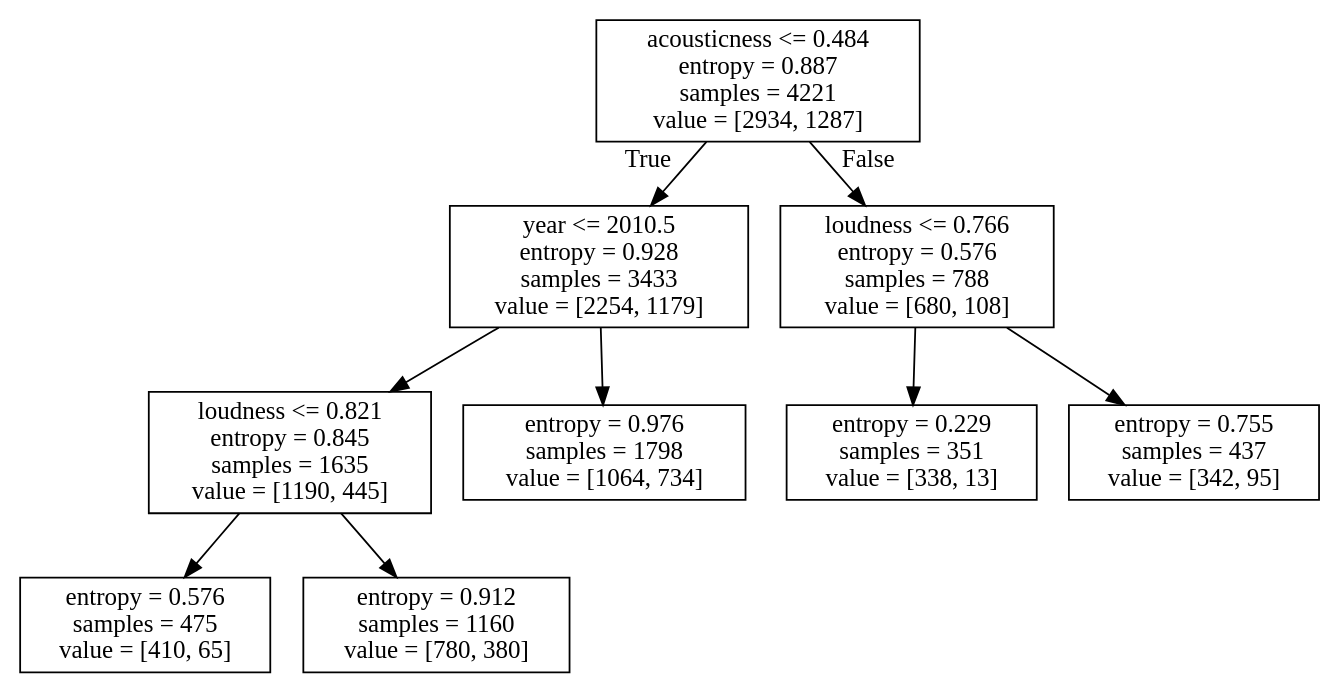
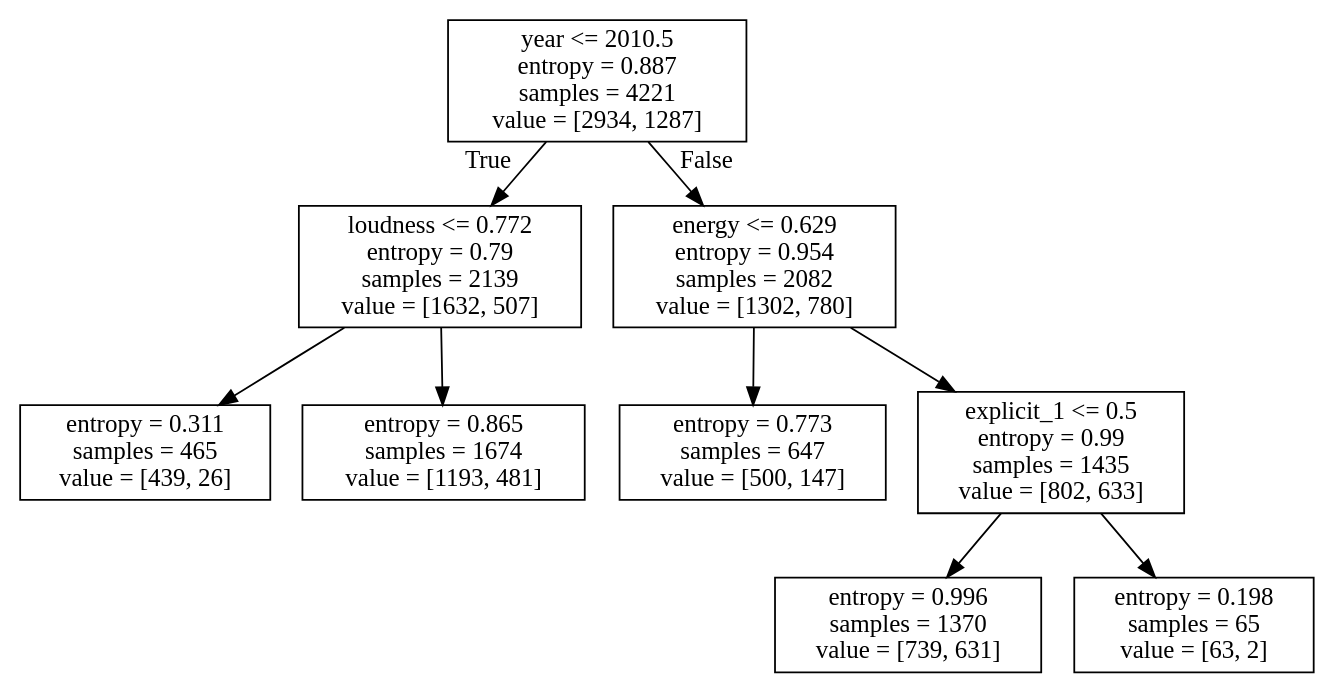
The diagram in country_DT.dot (CrystalCo/audio_features_popularity_classifiers), drawn with Graphviz before and after one commit. The commit also changed 14 other files, not shown here.

```diff
--- a/country_DT.dot
+++ b/country_DT.dot
@@ -1,20 +1,20 @@
 digraph Tree {
 node [shape=box] ;
-0 [label="acousticness <= 0.484\nentropy = 0.887\nsamples = 4221\nvalue = [2934, 1287]"] ;
-1 [label="year <= 2010.5\nentropy = 0.928\nsamples = 3433\nvalue = [2254, 1179]"] ;
+0 [label="year <= 2010.5\nentropy = 0.887\nsamples = 4221\nvalue = [2934, 1287]"] ;
+1 [label="loudness <= 0.772\nentropy = 0.79\nsamples = 2139\nvalue = [1632, 507]"] ;
 0 -> 1 [labeldistance=2.5, labelangle=45, headlabel="True"] ;
-2 [label="loudness <= 0.821\nentropy = 0.845\nsamples = 1635\nvalue = [1190, 445]"] ;
+2 [label="entropy = 0.311\nsamples = 465\nvalue = [439, 26]"] ;
 1 -> 2 ;
-3 [label="entropy = 0.576\nsamples = 475\nvalue = [410, 65]"] ;
-2 -> 3 ;
-4 [label="entropy = 0.912\nsamples = 1160\nvalue = [780, 380]"] ;
-2 -> 4 ;
-5 [label="entropy = 0.976\nsamples = 1798\nvalue = [1064, 734]"] ;
-1 -> 5 ;
-6 [label="loudness <= 0.766\nentropy = 0.576\nsamples = 788\nvalue = [680, 108]"] ;
-0 -> 6 [labeldistance=2.5, labelangle=-45, headlabel="False"] ;
-7 [label="entropy = 0.229\nsamples = 351\nvalue = [338, 13]"] ;
+3 [label="entropy = 0.865\nsamples = 1674\nvalue = [1193, 481]"] ;
+1 -> 3 ;
+4 [label="energy <= 0.629\nentropy = 0.954\nsamples = 2082\nvalue = [1302, 780]"] ;
+0 -> 4 [labeldistance=2.5, labelangle=-45, headlabel="False"] ;
+5 [label="entropy = 0.773\nsamples = 647\nvalue = [500, 147]"] ;
+4 -> 5 ;
+6 [label="explicit_1 <= 0.5\nentropy = 0.99\nsamples = 1435\nvalue = [802, 633]"] ;
+4 -> 6 ;
+7 [label="entropy = 0.996\nsamples = 1370\nvalue = [739, 631]"] ;
 6 -> 7 ;
-8 [label="entropy = 0.755\nsamples = 437\nvalue = [342, 95]"] ;
+8 [label="entropy = 0.198\nsamples = 65\nvalue = [63, 2]"] ;
 6 -> 8 ;
 }
```
